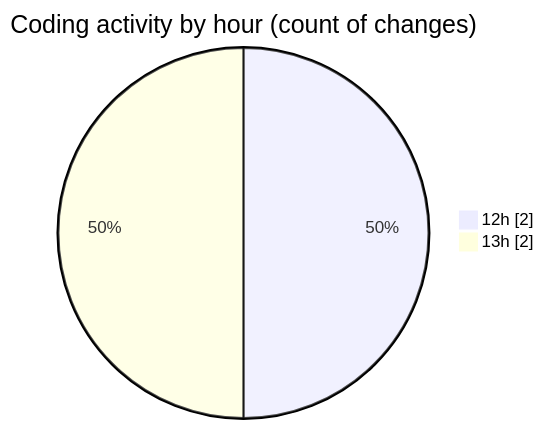
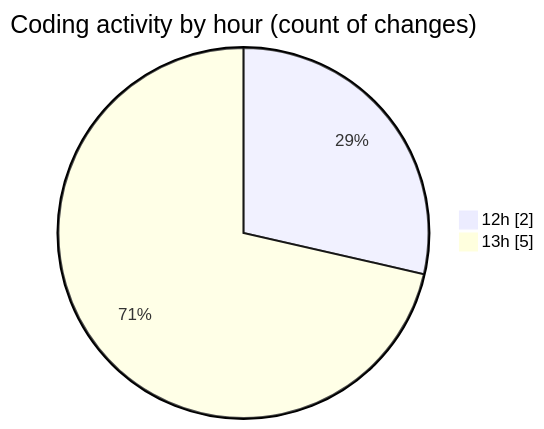
Before and after one commit to shibass792/code-tracking: the second of 2 diagrams in 2026-07-12/untitled__workspace_/README.md, drawn with Mermaid. The commit also changed other lines of this file and 1 other file, not shown here.

````diff
--- a/2026-07-12/untitled__workspace_/README.md
+++ b/2026-07-12/untitled__workspace_/README.md
@@ -28,6 +28,6 @@
 ```mermaid
 pie showData
 title Coding activity by hour (count of changes)
 "12h" : 2
-"13h" : 2
+"13h" : 5
 ```
````
